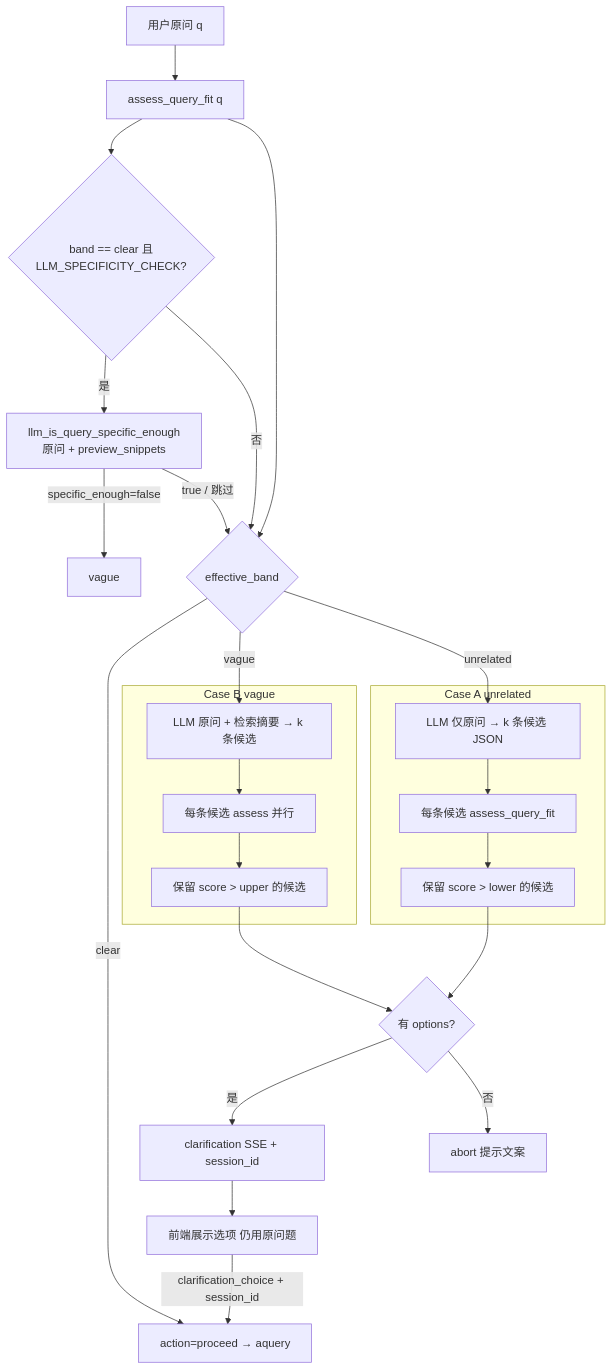
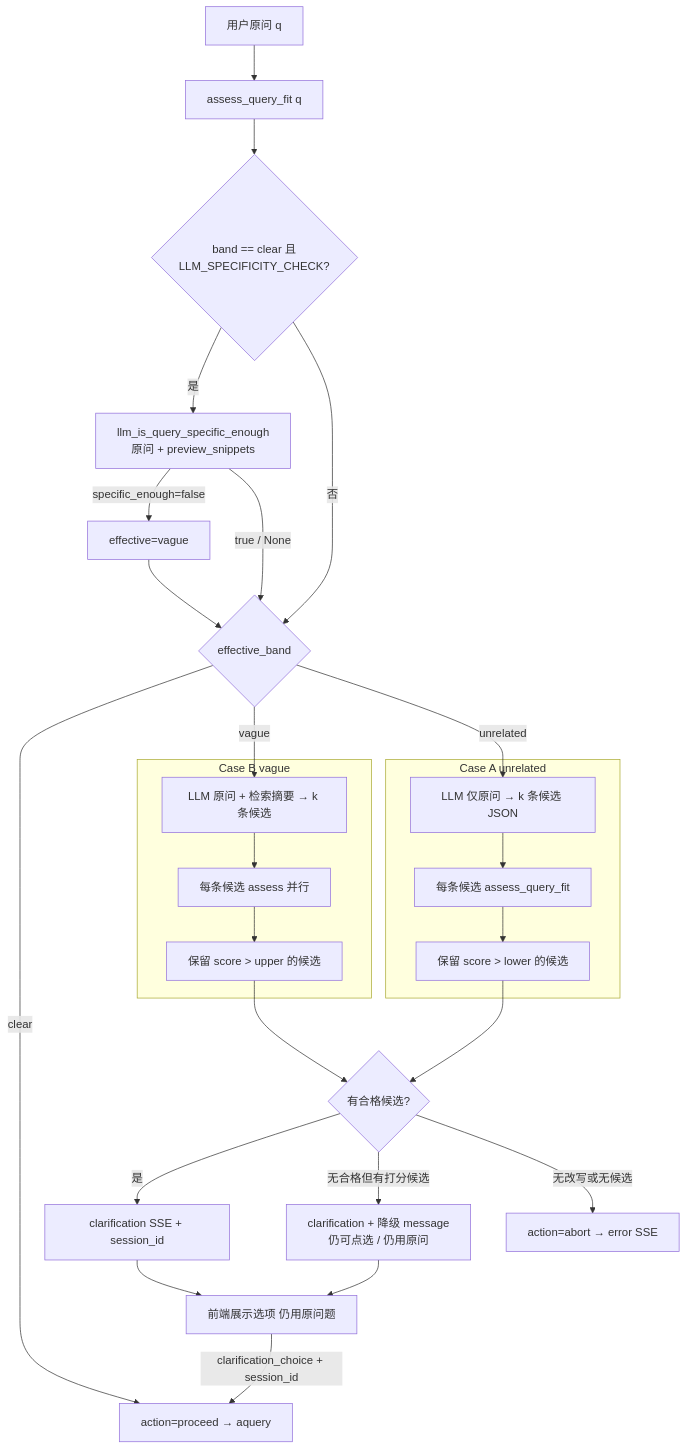
Before and after one commit to yiliangbetter/IndustrialRAG: the second of 7 diagrams in docs/问答全流程图.md, drawn with Mermaid. The commit also changed other lines of this file and 2 other files, not shown here.

First line of the commit message:
fix(query): restore retrieval_scope SSE and align Q&A flow docs

````diff
--- a/docs/问答全流程图.md
+++ b/docs/问答全流程图.md
@@ -101,39 +106,40 @@
 ```mermaid
 flowchart TB
     START[用户原问 q]
     A[assess_query_fit q]
     B{band == clear 且<br/>LLM_SPECIFICITY_CHECK?}
     C[llm_is_query_specific_enough<br/>原问 + preview_snippets]
     D{effective_band}
 
     START --> A --> B
     B -->|是| C
-    C -->|specific_enough=false| V[vague]
-    C -->|true / 跳过| D
+    C -->|specific_enough=false| V[effective=vague]
+    C -->|true / None| D
     B -->|否| D
-    A --> D
+    V --> D
 
     D -->|clear| P[action=proceed → aquery]
     D -->|vague| E2
     D -->|unrelated| E1
 
     subgraph CaseA["Case A unrelated"]
         E1[LLM 仅原问 → k 条候选 JSON]
         S1[每条候选 assess_query_fit]
         F1[保留 score > lower 的候选]
     end
 
     subgraph CaseB["Case B vague"]
         E2[LLM 原问 + 检索摘要 → k 条候选]
         S2[每条候选 assess 并行]
         F2[保留 score > upper 的候选]
     end
 
     E1 --> S1 --> F1
     E2 --> S2 --> F2
-    F1 & F2 --> OUT{有 options?}
+    F1 & F2 --> OUT{有合格候选?}
     OUT -->|是| CL[clarification SSE + session_id]
-    OUT -->|否| AB[abort 提示文案]
-    CL --> WAIT[前端展示选项 仍用原问题]
+    OUT -->|无合格但有打分候选| CL2[clarification + 降级 message<br/>仍可点选 / 仍用原问]
+    OUT -->|无改写或无候选| AB[action=abort → error SSE]
+    CL & CL2 --> WAIT[前端展示选项 仍用原问题]
     WAIT -->|clarification_choice + session_id| P
 ```
````
